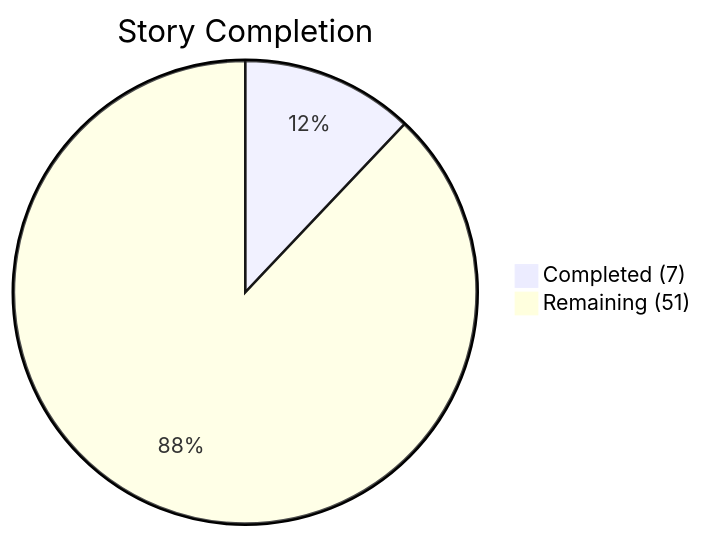
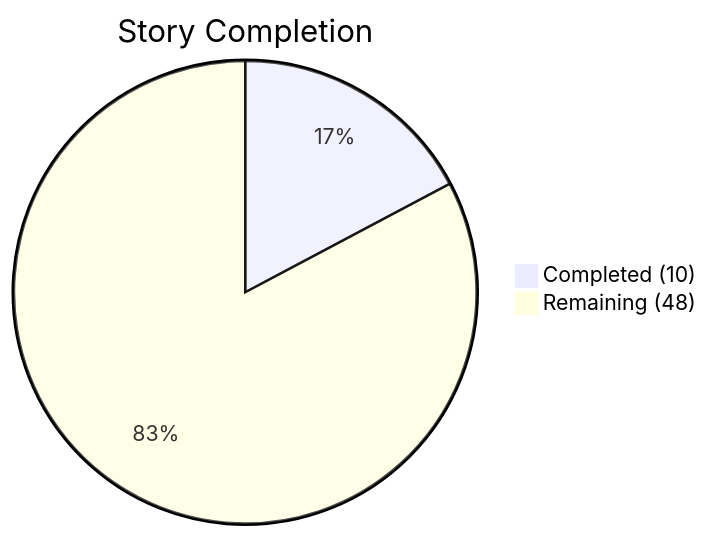
Before and after one commit to artemsemdev/SeaRise-Europe: the first of 2 diagrams in docs/delivery/ROADMAP.md, drawn with Mermaid. The commit also changed other lines of this file and 20 other files, not shown here.

````diff
--- a/docs/delivery/ROADMAP.md
+++ b/docs/delivery/ROADMAP.md
@@ -24,5 +24,5 @@
 ```mermaid
 pie title Story Completion
-    "Completed (7)" : 7
-    "Remaining (51)" : 51
+    "Completed (10)" : 10
+    "Remaining (48)" : 48
 ```
````
